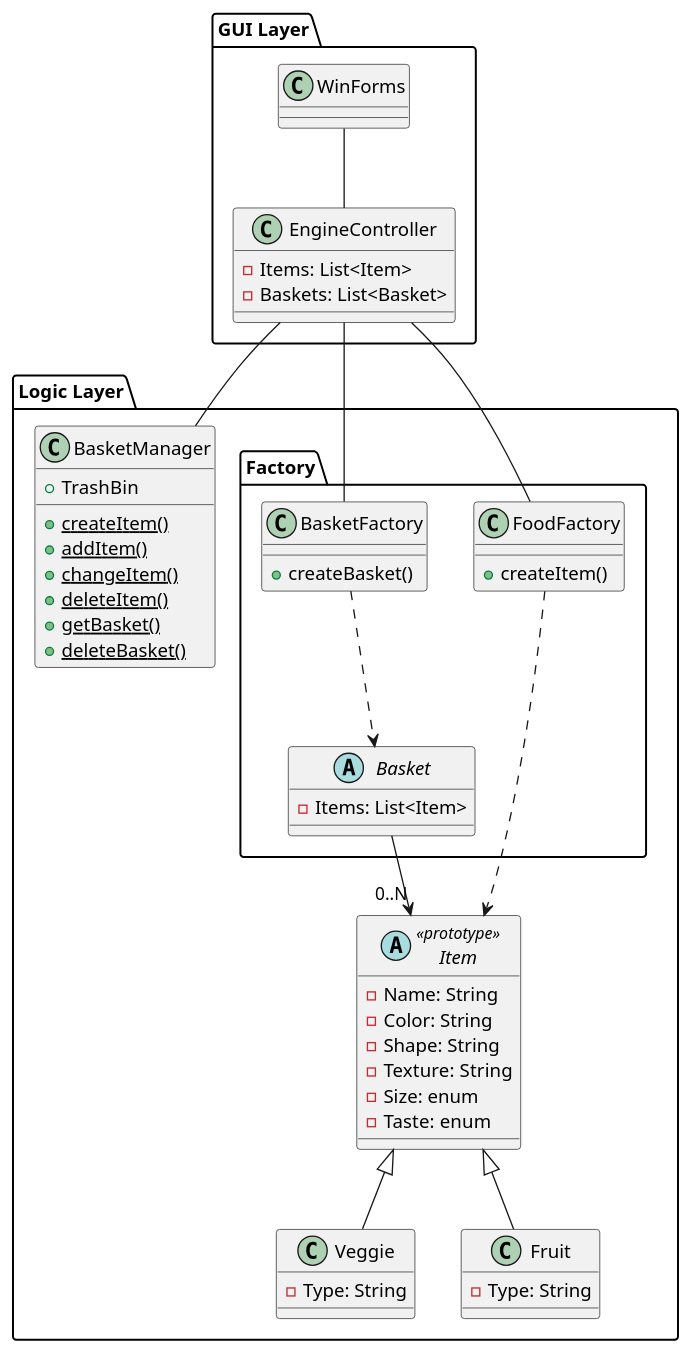
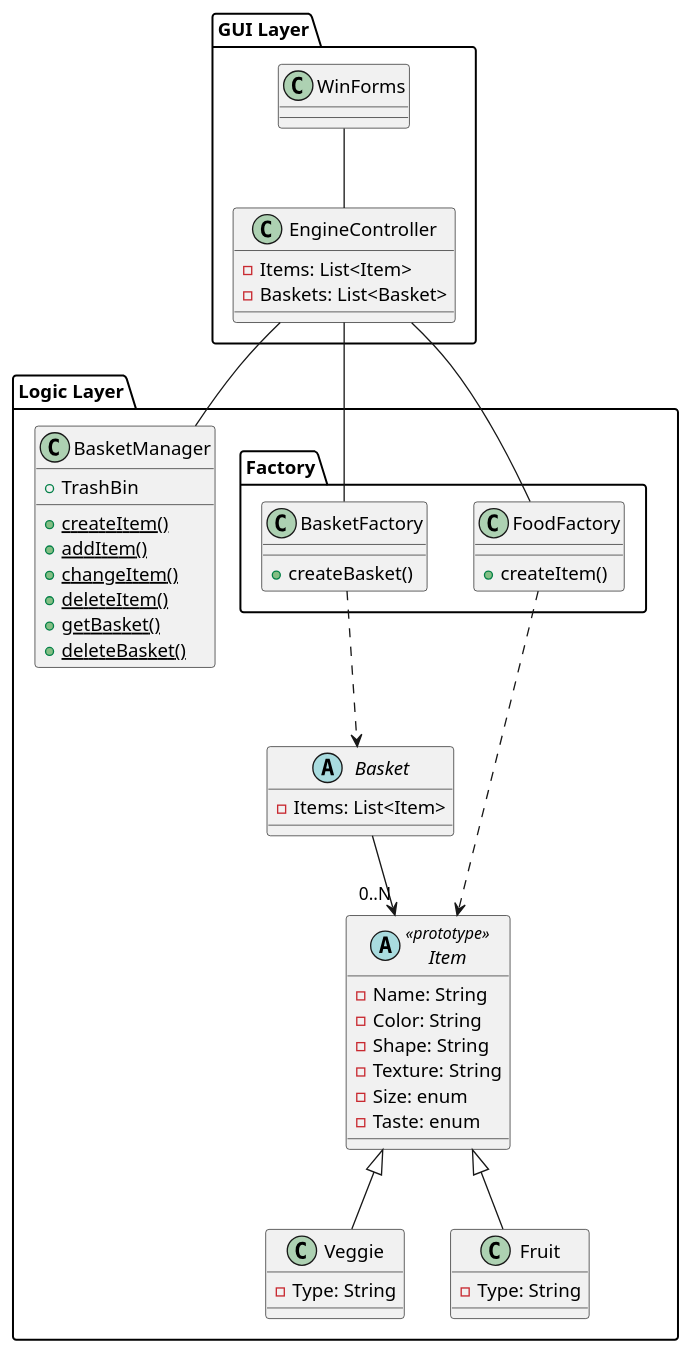
The diagram in FinalExamProject/Design_Documents/CharlesNorden-ClassDiagram.wsd (abenezerangelos/wsu-cpts321-Final), drawn with PlantUML before and after one commit.

Commit message:
Adjusted the UML diagram to isolate the Factories from the rest of the components in the Logic Layer

```diff
--- a/FinalExamProject/Design_Documents/CharlesNorden-ClassDiagram.wsd
+++ b/FinalExamProject/Design_Documents/CharlesNorden-ClassDiagram.wsd
@@ -1,65 +1,64 @@
 @startuml "Final Exam Project"
 
 package "GUI Layer" {
     class EngineController {
         -Items: List<Item>
         -Baskets: List<Basket>
     }
 
     WinForms -- EngineController
 }
 
 package "Logic Layer" {
     class BasketManager {
         +TrashBin
         {static} +createItem()
         {static} +addItem()
         {static} +changeItem()
         {static} +deleteItem()
         {static} +getBasket()
         {static} +deleteBasket()
     }
-    
+
     abstract class Item << prototype >> {
         -Name: String
         -Color: String
         -Shape: String
         -Texture: String
-        -Size: enum 
+        -Size: enum
         -Taste: enum
     }
 
     class Veggie extends Item {
         -Type: String
     }
 
     class Fruit extends Item {
         -Type: String
     }
 
-
-    package Factory {
     abstract class Basket {
         -Items: List<Item>
     }
 
-    class BasketFactory {
-        +createBasket()
-    }
-    
-    class FoodFactory {
-        +createItem()
-    }
+    package Factory {
+        class BasketFactory {
+            +createBasket()
+        }
 
-    BasketFactory ..> Basket
-    FoodFactory ..> Item
+        class FoodFactory {
+            +createItem()
+        }
 
-    EngineController -- BasketManager
-    EngineController -- BasketFactory
-    EngineController -- FoodFactory
+        BasketFactory ..> Basket
+        FoodFactory ..> Item
 
-    Basket --> "0..N" Item
+        EngineController -- BasketManager
+        EngineController -- BasketFactory
+        EngineController -- FoodFactory
+
+        Basket --> "0..N" Item
     }
 }
 
 @enduml
```
